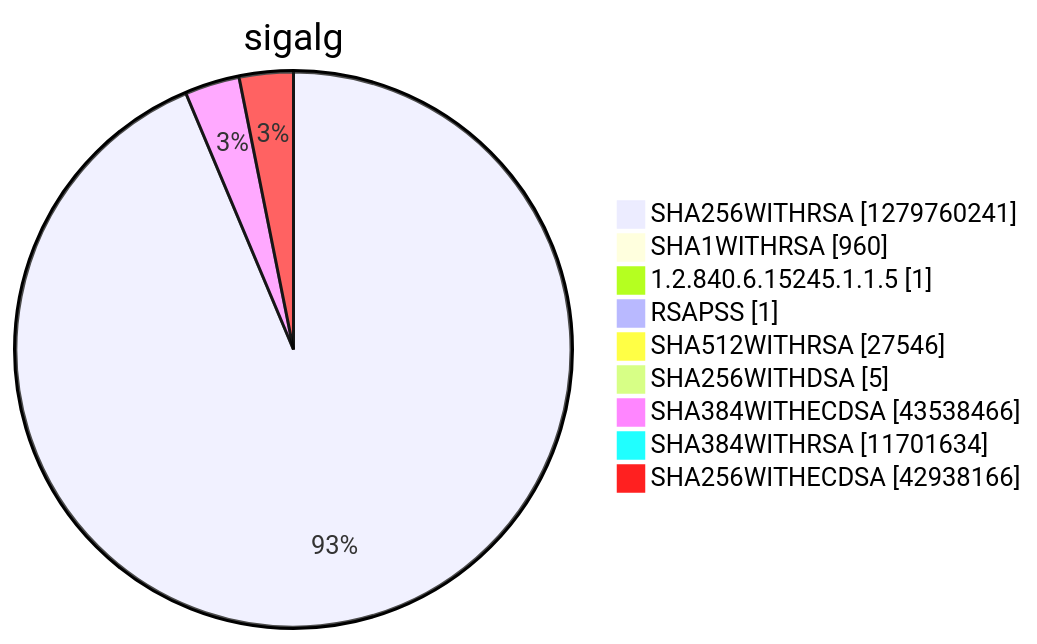
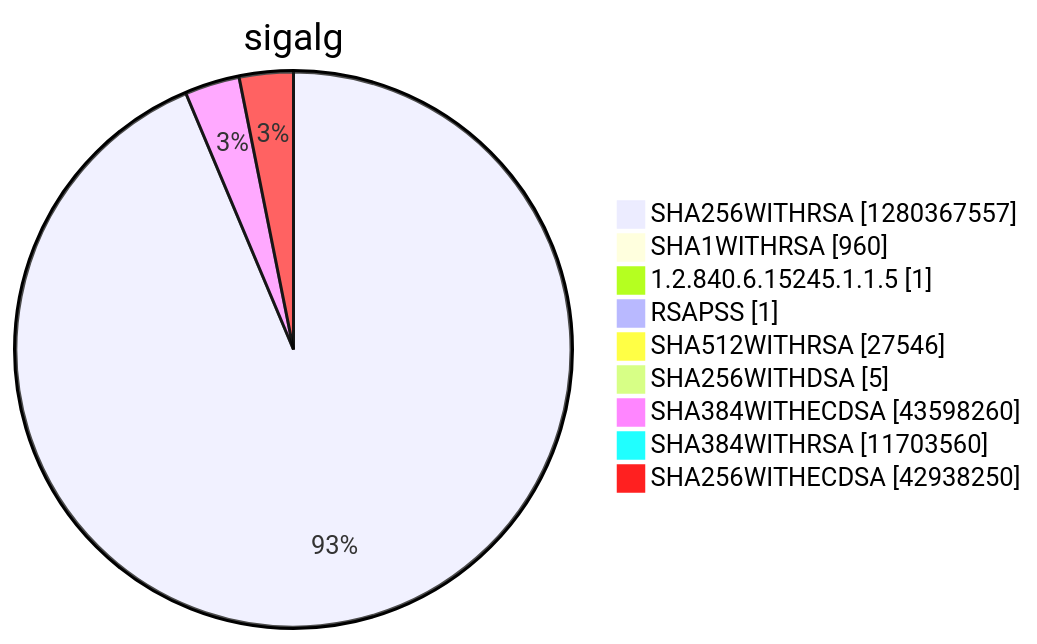
One commit to christiankrug/ctmonitor_visualization changed diagram 15 of 15 in argon2022/README.md. Above: the diagram before and after it, drawn with Mermaid. The commit also changed other lines of this file, not shown here.

````diff
--- a/argon2022/README.md
+++ b/argon2022/README.md
@@ -5522,13 +5523,13 @@
 ```mermaid
 pie showData
 title sigalg
-"SHA256WITHRSA" :1279760241
+"SHA256WITHRSA" :1280367557
 "SHA1WITHRSA" :960
 "1.2.840.6.15245.1.1.5" :1
 "RSAPSS" :1
 "SHA512WITHRSA" :27546
 "SHA256WITHDSA" :5
-"SHA384WITHECDSA" :43538466
-"SHA384WITHRSA" :11701634
-"SHA256WITHECDSA" :42938166
+"SHA384WITHECDSA" :43598260
+"SHA384WITHRSA" :11703560
+"SHA256WITHECDSA" :42938250
 ```
````
